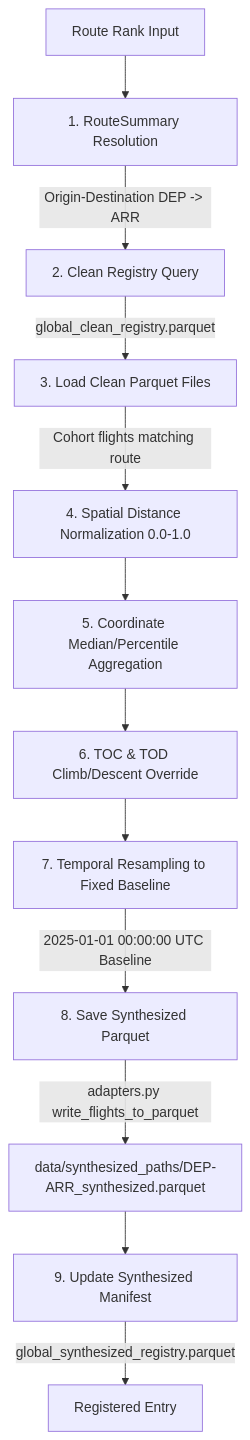
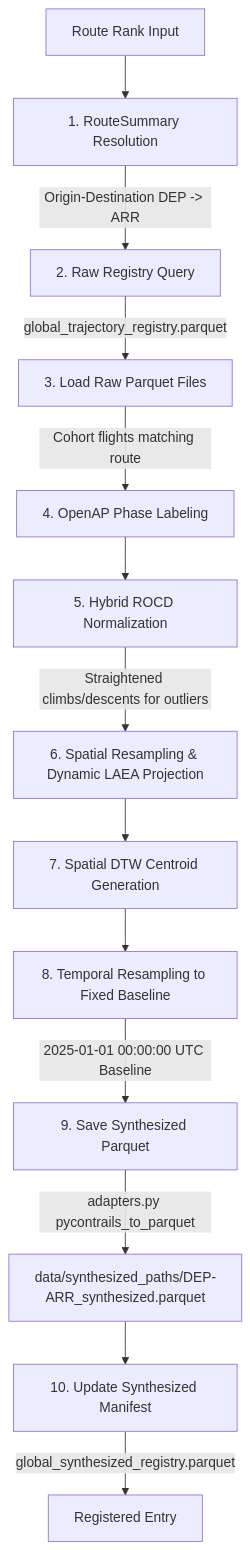
Before and after one commit to Bauzement123/flight-physics-pipeline: the diagram in src/synthesis/README.md, drawn with Mermaid. The commit also changed other lines of this file and 2 other files, not shown here.

Commit message:
Refactor flight trajectory synthesis module: integrate traffic, openap, and pycontrails with hybrid ROCD normalization

````diff
--- a/src/synthesis/README.md
+++ b/src/synthesis/README.md
@@ -47,14 +67,15 @@
 ```mermaid
 graph TD
     A[Route Rank Input] --> B[1. RouteSummary Resolution]
-    B -->|Origin-Destination DEP -> ARR| C[2. Clean Registry Query]
-    C -->|global_clean_registry.parquet| D[3. Load Clean Parquet Files]
-    D -->|Cohort flights matching route| E[4. Spatial Distance Normalization 0.0-1.0]
-    E --> F[5. Coordinate Median/Percentile Aggregation]
-    F --> G[6. TOC & TOD Climb/Descent Override]
-    G --> H[7. Temporal Resampling to Fixed Baseline]
-    H -->|2025-01-01 00:00:00 UTC Baseline| I[8. Save Synthesized Parquet]
-    I -->|adapters.py write_flights_to_parquet| J[data/synthesized_paths/DEP-ARR_synthesized.parquet]
-    J --> K[9. Update Synthesized Manifest]
-    K -->|global_synthesized_registry.parquet| L[Registered Entry]
+    B -->|Origin-Destination DEP -> ARR| C[2. Raw Registry Query]
+    C -->|global_trajectory_registry.parquet| D[3. Load Raw Parquet Files]
+    D -->|Cohort flights matching route| E[4. OpenAP Phase Labeling]
+    E --> F[5. Hybrid ROCD Normalization]
+    F -->|Straightened climbs/descents for outliers| G[6. Spatial Resampling & Dynamic LAEA Projection]
+    G --> H[7. Spatial DTW Centroid Generation]
+    H --> I[8. Temporal Resampling to Fixed Baseline]
+    I -->|2025-01-01 00:00:00 UTC Baseline| J[9. Save Synthesized Parquet]
+    J -->|adapters.py pycontrails_to_parquet| K[data/synthesized_paths/DEP-ARR_synthesized.parquet]
+    K --> L[10. Update Synthesized Manifest]
+    L -->|global_synthesized_registry.parquet| M[Registered Entry]
 ```
````
